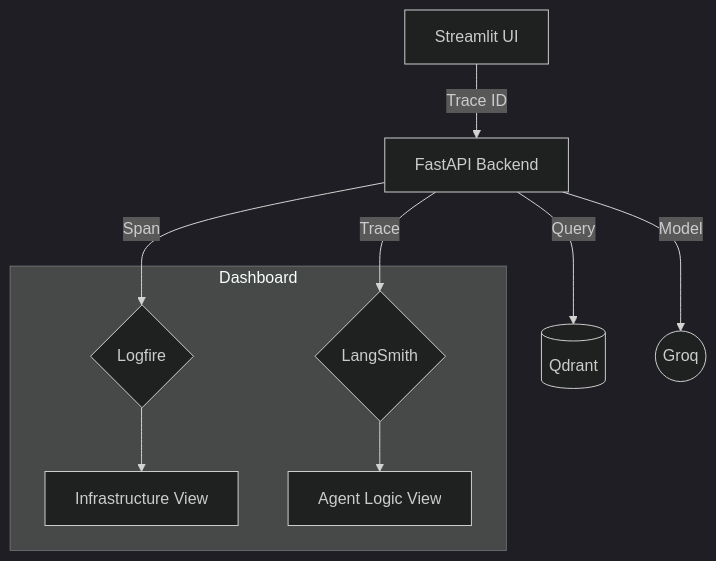
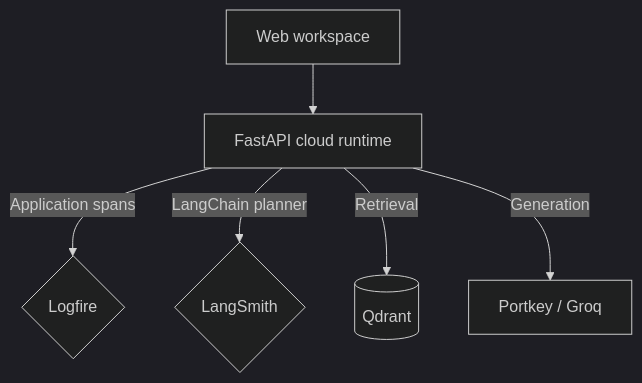
The diagram in docs/observability.md (DemonJ01/ContextForge-RAG), drawn with Mermaid (dark theme) before and after one commit. The commit also changed other lines of this file and 25 other files, not shown here.

````diff
--- a/docs/observability.md
+++ b/docs/observability.md
@@ -25,13 +17,8 @@
 ```mermaid
 graph TD
-    UI[Streamlit UI] -->|Trace ID| Backend[FastAPI Backend]
-    Backend -->|Span| Logfire{Logfire}
-    Backend -->|Trace| LangSmith{LangSmith}
-    Backend -->|Query| Qdrant[(Qdrant)]
-    Backend -->|Model| Groq((Groq))
-    
-    subgraph Dashboard
-        Logfire --> LView[Infrastructure View]
-        LangSmith --> AView[Agent Logic View]
-    end
+    UI[Web workspace] --> Backend[FastAPI cloud runtime]
+    Backend -->|Application spans| Logfire{Logfire}
+    Backend -->|LangChain planner| LangSmith{LangSmith}
+    Backend -->|Retrieval| Qdrant[(Qdrant)]
+    Backend -->|Generation| Portkey[Portkey / Groq]
 ```
````
